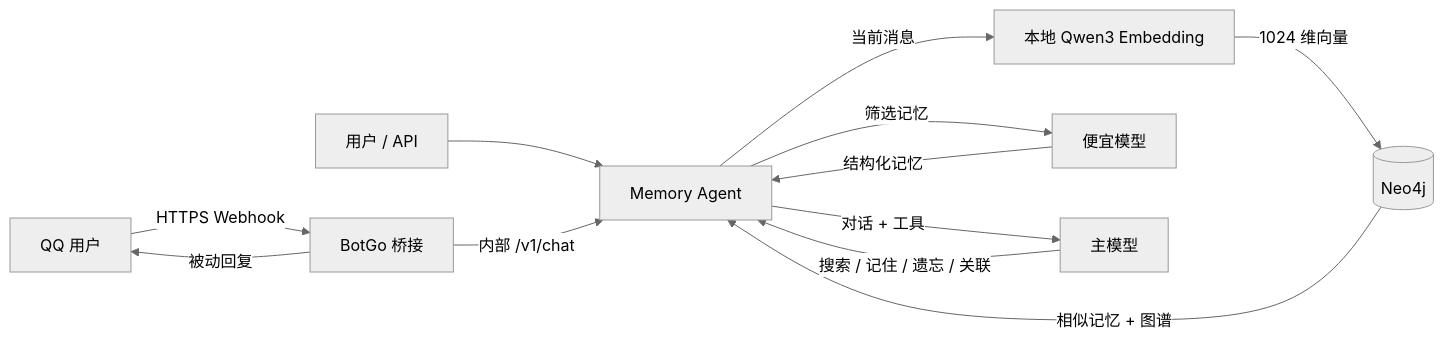
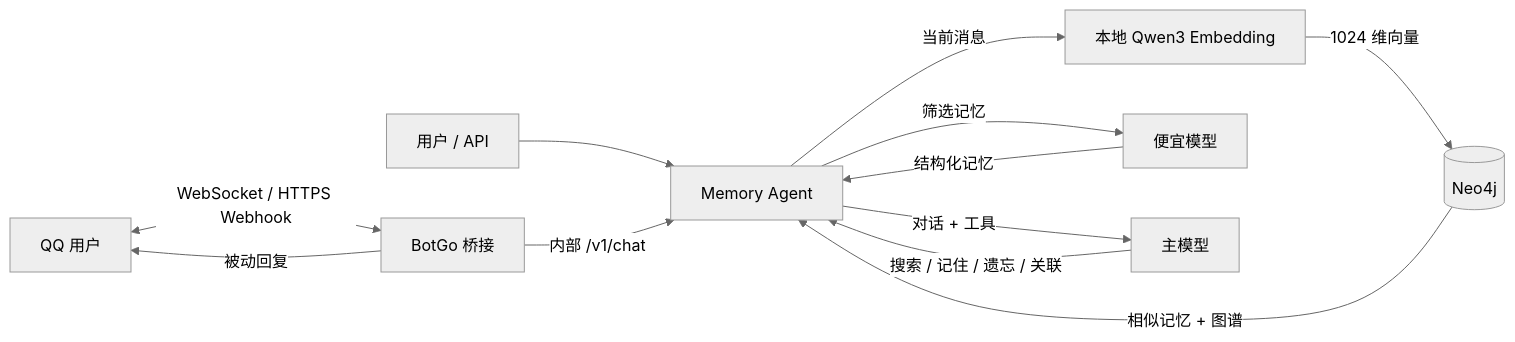
The diagram in README.md (VesperGlow/QQ-agent), drawn with Mermaid (neutral theme) before and after one commit. The commit also changed other lines of this file and 13 other files, not shown here.

Commit message:
Add dual QQ WebSocket and webhook modes

````diff
--- a/README.md
+++ b/README.md
@@ -7,14 +7,14 @@
 ```mermaid
 flowchart LR
     U[用户 / API] --> A[Memory Agent]
     A -->|当前消息| E[本地 Qwen3 Embedding]
     E -->|1024 维向量| N[(Neo4j)]
     A -->|筛选记忆| S[便宜模型]
     A -->|对话 + 工具| L[主模型]
     S -->|结构化记忆| A
     L -->|搜索 / 记住 / 遗忘 / 关联| A
     N -->|相似记忆 + 图谱| A
-    Q[QQ 用户] -->|HTTPS Webhook| B[BotGo 桥接]
+    Q[QQ 用户] <-->|WebSocket / HTTPS Webhook| B[BotGo 桥接]
     B -->|内部 /v1/chat| A
     B -->|被动回复| Q
 ```
````
